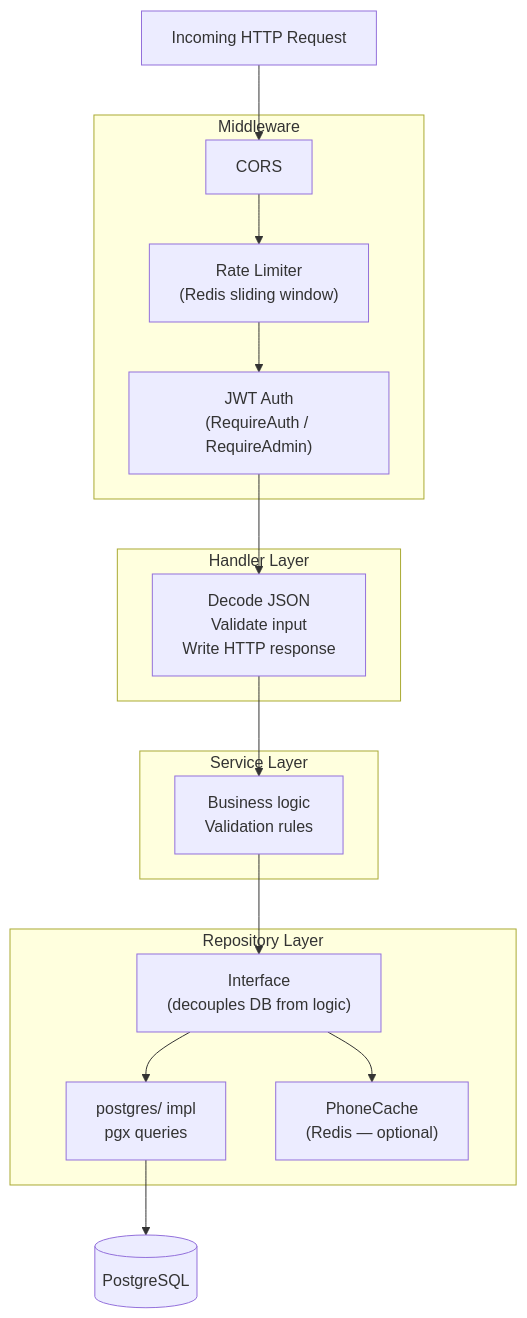
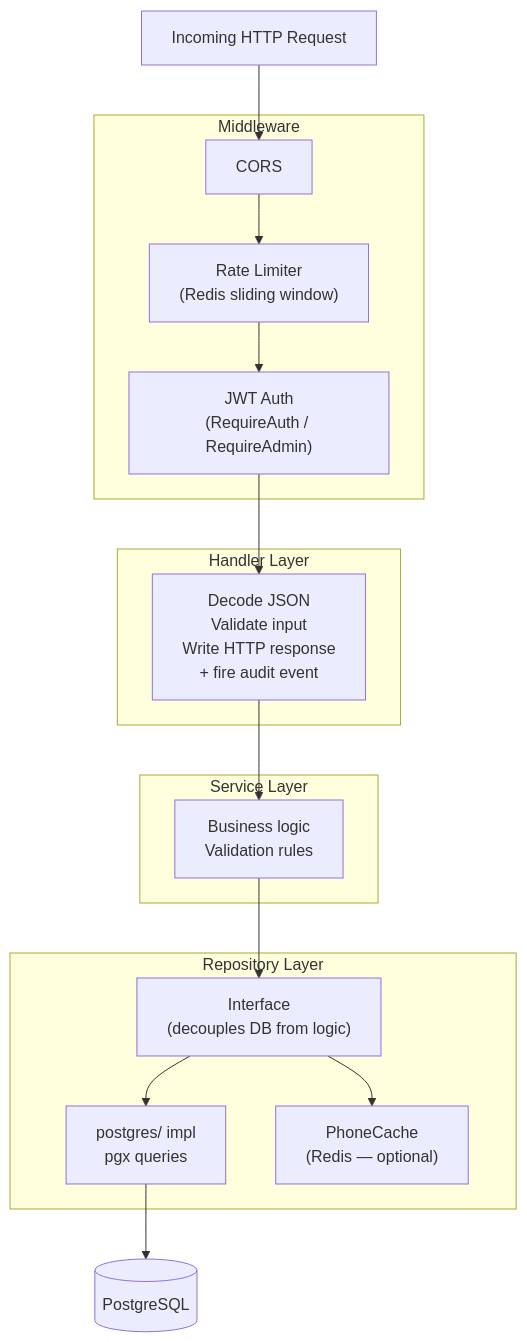
Before and after one commit to Kineth-t/CS464-g1t10-project: the second of 3 diagrams in README.md, drawn with Mermaid. The commit also changed other lines of this file and 4 other files, not shown here.

````diff
--- a/README.md
+++ b/README.md
@@ -78,30 +83,30 @@
 ```mermaid
 flowchart TD
     Req["Incoming HTTP Request"]
 
     subgraph Middleware
         CORS["CORS"]
         RL["Rate Limiter\n(Redis sliding window)"]
         Auth["JWT Auth\n(RequireAuth / RequireAdmin)"]
     end
 
     subgraph Handler["Handler Layer"]
-        H["Decode JSON\nValidate input\nWrite HTTP response"]
+        H["Decode JSON\nValidate input\nWrite HTTP response\n+ fire audit event"]
     end
 
     subgraph Service["Service Layer"]
         S["Business logic\nValidation rules"]
     end
 
     subgraph Repository["Repository Layer"]
         I["Interface\n(decouples DB from logic)"]
         PG["postgres/ impl\npgx queries"]
         Cache["PhoneCache\n(Redis — optional)"]
     end
 
     DB[("PostgreSQL")]
 
     Req --> CORS --> RL --> Auth --> H --> S --> I
     I --> Cache
     I --> PG --> DB
 ```
````
